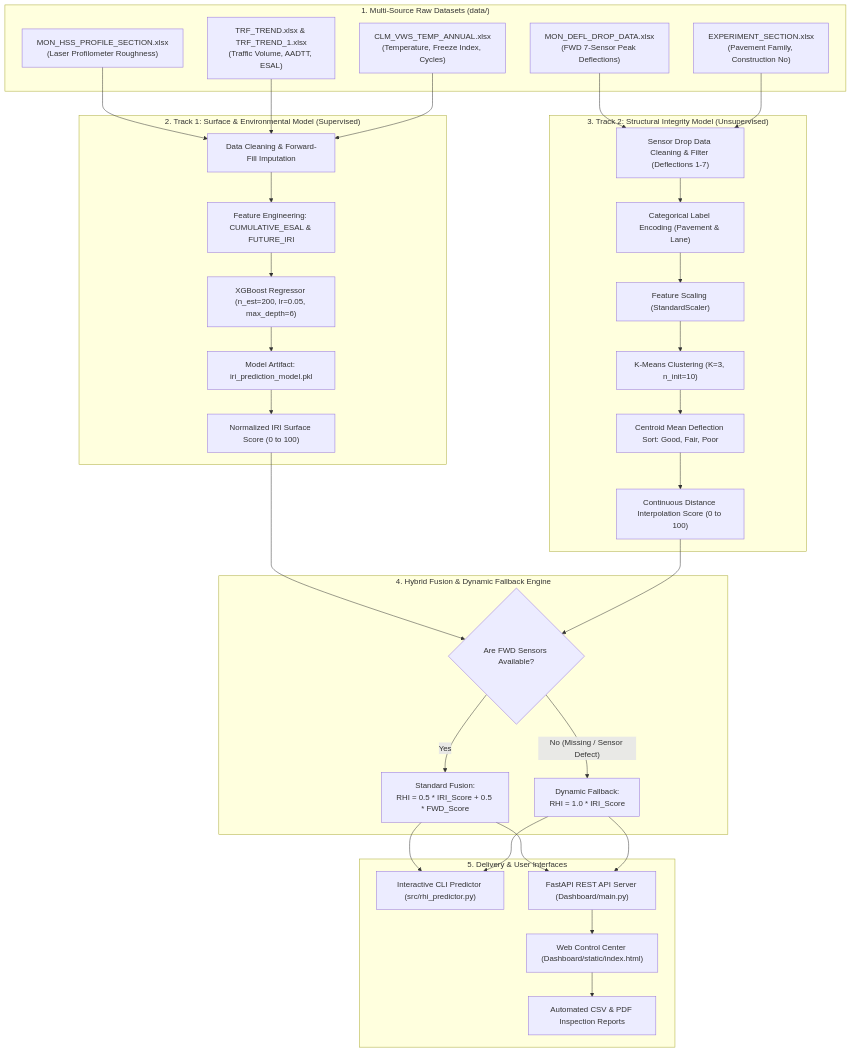
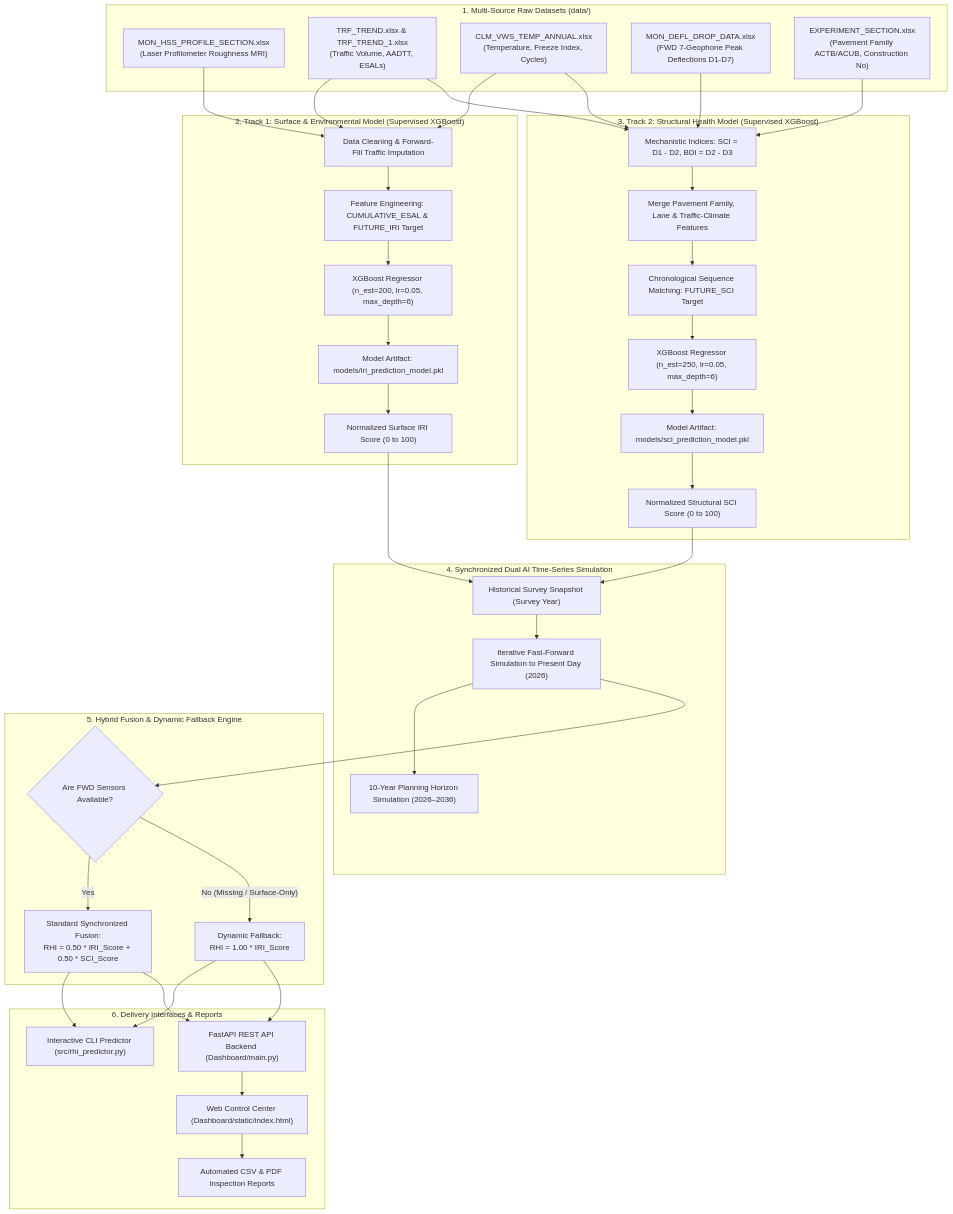
One commit to Harshibmx65/Road-RSL-Prediction changed the diagram in README.md. Above: the diagram before and after it, drawn with Mermaid. The commit also changed other lines of this file and 24 other files, not shown here.

````diff
--- a/README.md
+++ b/README.md
@@ -127,49 +131,55 @@
 ```mermaid
 flowchart TD
     subgraph DataSources["1. Multi-Source Raw Datasets (data/)"]
-        D1["MON_HSS_PROFILE_SECTION.xlsx<br/>(Laser Profilometer Roughness)"]
-        D2["TRF_TREND.xlsx & TRF_TREND_1.xlsx<br/>(Traffic Volume, AADTT, ESAL)"]
+        D1["MON_HSS_PROFILE_SECTION.xlsx<br/>(Laser Profilometer Roughness MRI)"]
+        D2["TRF_TREND.xlsx & TRF_TREND_1.xlsx<br/>(Traffic Volume, AADTT, ESALs)"]
         D3["CLM_VWS_TEMP_ANNUAL.xlsx<br/>(Temperature, Freeze Index, Cycles)"]
-        D4["MON_DEFL_DROP_DATA.xlsx<br/>(FWD 7-Sensor Peak Deflections)"]
-        D5["EXPERIMENT_SECTION.xlsx<br/>(Pavement Family, Construction No)"]
+        D4["MON_DEFL_DROP_DATA.xlsx<br/>(FWD 7-Geophone Peak Deflections D1-D7)"]
+        D5["EXPERIMENT_SECTION.xlsx<br/>(Pavement Family ACTB/ACUB, Construction No)"]
     end
 
-    subgraph Track1["2. Track 1: Surface & Environmental Model (Supervised)"]
-        P1["Data Cleaning & Forward-Fill Imputation"]
-        P2["Feature Engineering: CUMULATIVE_ESAL & FUTURE_IRI"]
+    subgraph Track1["2. Track 1: Surface & Environmental Model (Supervised XGBoost)"]
+        P1["Data Cleaning & Forward-Fill Traffic Imputation"]
+        P2["Feature Engineering: CUMULATIVE_ESAL & FUTURE_IRI Target"]
         P3["XGBoost Regressor (n_est=200, lr=0.05, max_depth=6)"]
-        P4["Model Artifact: iri_prediction_model.pkl"]
-        P5["Normalized IRI Surface Score (0 to 100)"]
+        P4["Model Artifact: models/iri_prediction_model.pkl"]
+        P5["Normalized Surface IRI Score (0 to 100)"]
         D1 & D2 & D3 --> P1 --> P2 --> P3 --> P4 --> P5
     end
 
-    subgraph Track2["3. Track 2: Structural Integrity Model (Unsupervised)"]
-        S1["Sensor Drop Data Cleaning & Filter (Deflections 1-7)"]
-        S2["Categorical Label Encoding (Pavement & Lane)"]
-        S3["Feature Scaling (StandardScaler)"]
-        S4["K-Means Clustering (K=3, n_init=10)"]
-        S5["Centroid Mean Deflection Sort: Good, Fair, Poor"]
-        S6["Continuous Distance Interpolation Score (0 to 100)"]
-        D4 & D5 --> S1 --> S2 --> S3 --> S4 --> S5 --> S6
+    subgraph Track2["3. Track 2: Structural Health Model (Supervised XGBoost)"]
+        S1["Mechanistic Indices: SCI = D1 - D2, BDI = D2 - D3"]
+        S2["Merge Pavement Family, Lane & Traffic-Climate Features"]
+        S3["Chronological Sequence Matching: FUTURE_SCI Target"]
+        S4["XGBoost Regressor (n_est=250, lr=0.05, max_depth=6)"]
+        S5["Model Artifact: models/sci_prediction_model.pkl"]
+        S6["Normalized Structural SCI Score (0 to 100)"]
+        D4 & D5 & D2 & D3 --> S1 --> S2 --> S3 --> S4 --> S5 --> S6
     end
 
-    subgraph FusionEngine["4. Hybrid Fusion & Dynamic Fallback Engine"]
-        F1{"Are FWD Sensors Available?"}
-        F2["Standard Fusion:<br/>RHI = 0.5 * IRI_Score + 0.5 * FWD_Score"]
-        F3["Dynamic Fallback:<br/>RHI = 1.0 * IRI_Score"]
-        P5 --> F1
-        S6 --> F1
-        F1 -- Yes --> F2
-        F1 -- No (Missing / Sensor Defect) --> F3
+    subgraph SimulationEngine["4. Synchronized Dual AI Time-Series Simulation"]
+        SE1["Historical Survey Snapshot (Survey Year)"]
+        SE2["Iterative Fast-Forward Simulation to Present Day (2026)"]
+        SE3["10-Year Planning Horizon Simulation (2026–2036)"]
+        P5 & S6 --> SE1 --> SE2 --> SE3
     end
 
-    subgraph Delivery["5. Delivery & User Interfaces"]
+    subgraph FusionEngine["5. Hybrid Fusion & Dynamic Fallback Engine"]
+        F1{"Are FWD Sensors Available?"}
+        F2["Standard Synchronized Fusion:<br/>RHI = 0.50 * IRI_Score + 0.50 * SCI_Score"]
+        F3["Dynamic Fallback:<br/>RHI = 1.00 * IRI_Score"]
+        SE2 --> F1
+        F1 -- Yes --> F2
+        F1 -- No (Missing / Surface-Only) --> F3
+    end
+
+    subgraph Delivery["6. Delivery Interfaces & Reports"]
         U1["Interactive CLI Predictor (src/rhi_predictor.py)"]
-        U2["FastAPI REST API Server (Dashboard/main.py)"]
+        U2["FastAPI REST API Backend (Dashboard/main.py)"]
         U3["Web Control Center (Dashboard/static/index.html)"]
         U4["Automated CSV & PDF Inspection Reports"]
         F2 --> U1 & U2
         F3 --> U1 & U2
         U2 --> U3 --> U4
     end
 ```
````
